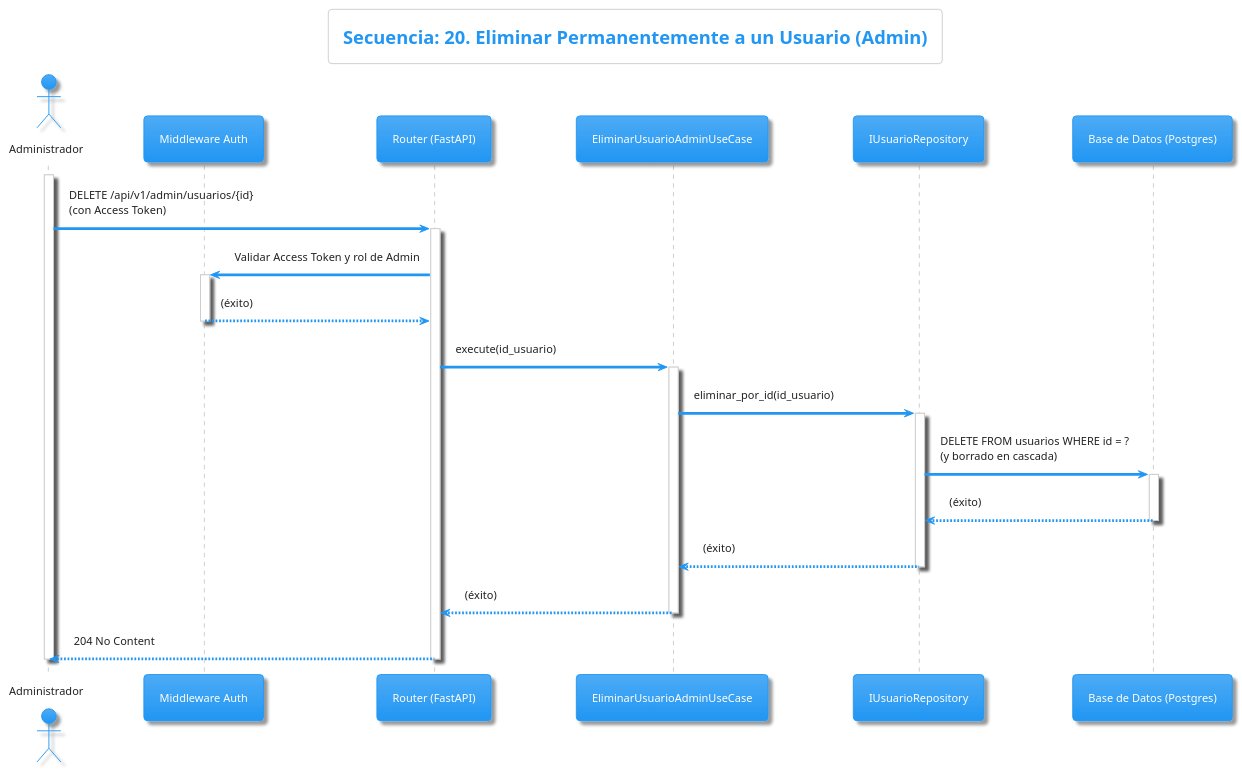
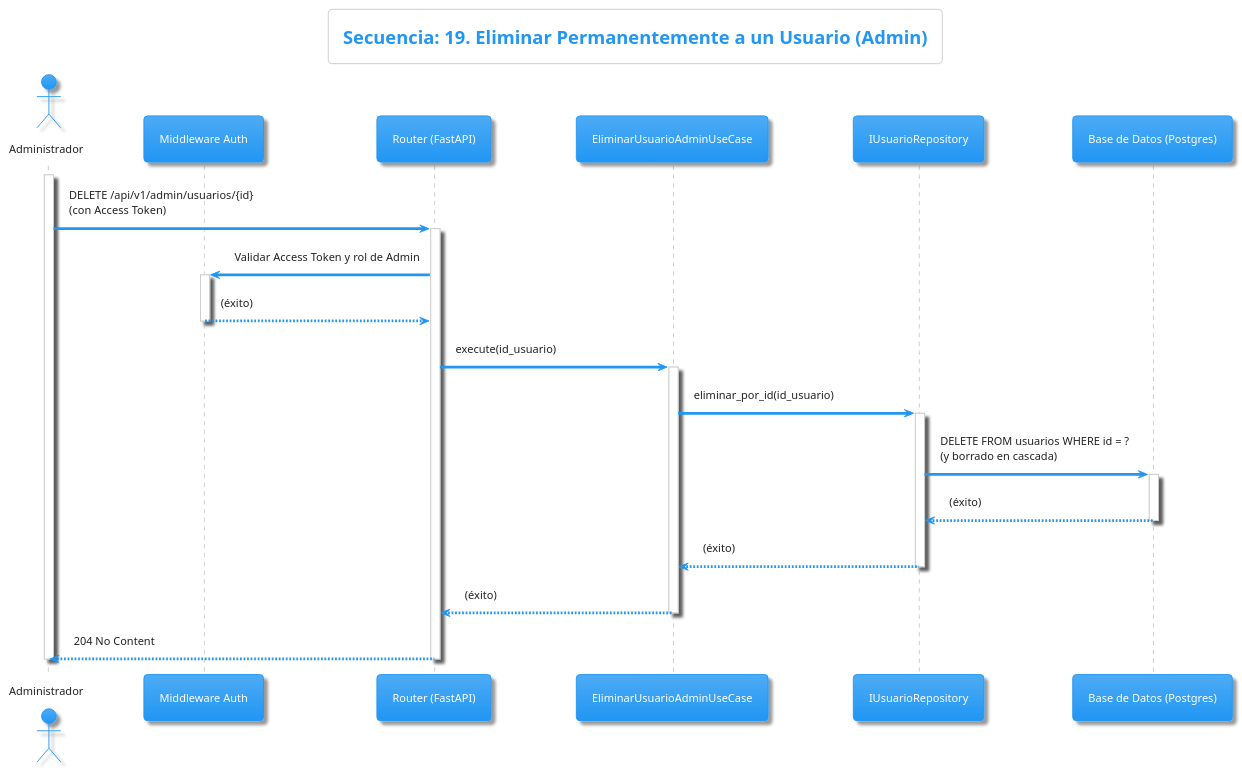
Before and after one commit to seglion/Proyecto_A_Fervenza_Tinta: diagram 21 of 22 in diagrama_users.md, drawn with PlantUML. The commit also changed other lines of this file and 48 other files, not shown here.

````diff
--- a/diagrama_users.md
+++ b/diagrama_users.md
@@ -1100,40 +1030,40 @@
 ```plantuml
 @startuml
 !theme materia
-title Secuencia: 20. Eliminar Permanentemente a un Usuario (Admin)
+title Secuencia: 19. Eliminar Permanentemente a un Usuario (Admin)
 
 actor Administrador
 participant "Middleware Auth" as Auth
 participant "Router (FastAPI)" as API
 participant "EliminarUsuarioAdminUseCase" as UseCase
 participant "IUsuarioRepository" as Repo
 participant "Base de Datos (Postgres)" as DB
 
 activate Administrador
 Administrador -> API: DELETE /api/v1/admin/usuarios/{id}\n(con Access Token)
 activate API
 
 API -> Auth: Validar Access Token y rol de Admin
 activate Auth
 Auth --> API: (éxito)
 deactivate Auth
 
 API -> UseCase: execute(id_usuario)
 activate UseCase
 
 UseCase -> Repo: eliminar_por_id(id_usuario)
 activate Repo
 Repo -> DB: DELETE FROM usuarios WHERE id = ?\n(y borrado en cascada)
 activate DB
 DB --> Repo: (éxito)
 deactivate DB
 Repo --> UseCase: (éxito)
 deactivate Repo
 
 UseCase --> API: (éxito)
 deactivate UseCase
 API --> Administrador: 204 No Content
 deactivate API
 deactivate Administrador
 @enduml
 ```
````
